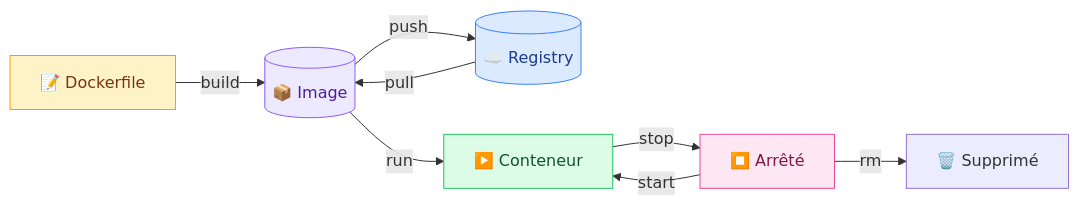
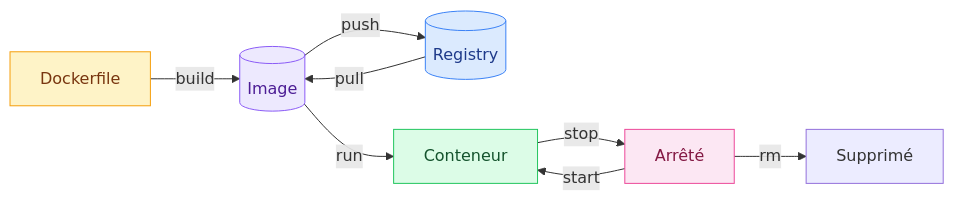
The diagram in methodologie-securite-it/docker/09-aide-memoire.md (GoobyWoobies/HEIA-IT), drawn with Mermaid before and after one commit. The commit also changed other lines of this file and 24 other files, not shown here.

````diff
--- a/methodologie-securite-it/docker/09-aide-memoire.md
+++ b/methodologie-securite-it/docker/09-aide-memoire.md
@@ -20,16 +20,16 @@
 ```mermaid
 flowchart LR
-    DF["📝 Dockerfile"] -->|"build"| IMG[("📦 Image")]
-    REG[("☁️ Registry")] -->|"pull"| IMG
+    DF["Dockerfile"] -->|"build"| IMG[("Image")]
+    REG[("Registry")] -->|"pull"| IMG
     IMG -->|"push"| REG
-    IMG -->|"run"| CT["▶️ Conteneur"]
-    CT -->|"stop"| ST["⏹️ Arrêté"]
+    IMG -->|"run"| CT["Conteneur"]
+    CT -->|"stop"| ST["Arrêté"]
     ST -->|"start"| CT
-    ST -->|"rm"| X["🗑️ Supprimé"]
+    ST -->|"rm"| X["Supprimé"]
 
     style DF fill:#fef3c7,stroke:#f59e0b,color:#78350f
     style IMG fill:#ede9fe,stroke:#8b5cf6,color:#4c1d95
     style REG fill:#dbeafe,stroke:#3b82f6,color:#1e3a8a
     style CT fill:#dcfce7,stroke:#22c55e,color:#14532d
     style ST fill:#fce7f3,stroke:#ec4899,color:#831843
 ```
````
